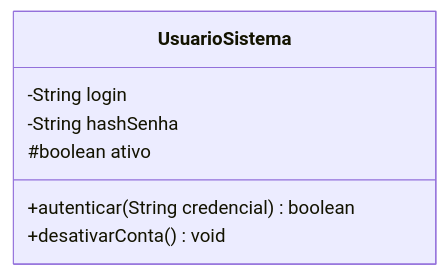
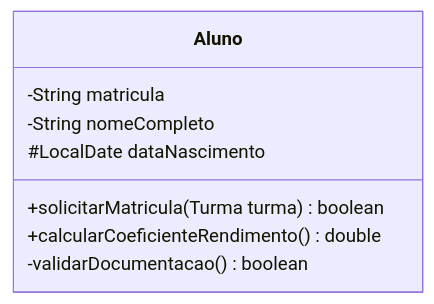
One commit to murilolol/unifef changed diagram 13 of 30 in 4º Semestre/[Prof. Wesley Soares] Engenharia de Software II/Resumos-IA/Caderno-Consolidado.md. Above: the diagram before and after it, drawn with Mermaid. The commit also changed other lines of this file and 58 other files, not shown here.

````diff
--- a/4º Semestre/[Prof. Wesley Soares] Engenharia de Software II/Resumos-IA/Caderno-Consolidado.md
+++ b/4º Semestre/[Prof. Wesley Soares] Engenharia de Software II/Resumos-IA/Caderno-Consolidado.md
@@ -735,10 +578,11 @@
 ```mermaid
 classDiagram
-  class UsuarioSistema {
-    -String login
-    -String hashSenha
-    #boolean ativo
-    +autenticar(String credencial) boolean
-    +desativarConta() void
+  class Aluno {
+    -String matricula
+    -String nomeCompleto
+    #LocalDate dataNascimento
+    +solicitarMatricula(Turma turma) boolean
+    +calcularCoeficienteRendimento() double
+    -validarDocumentacao() boolean
   }
 ```
````
